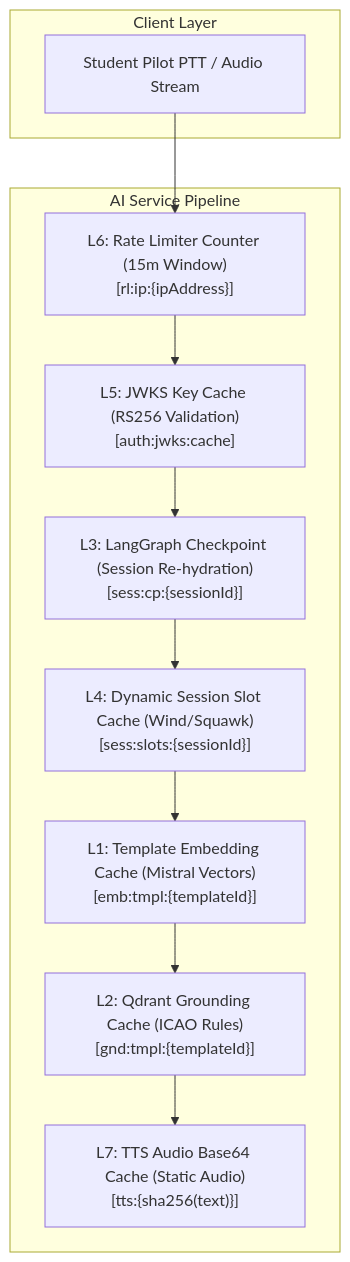
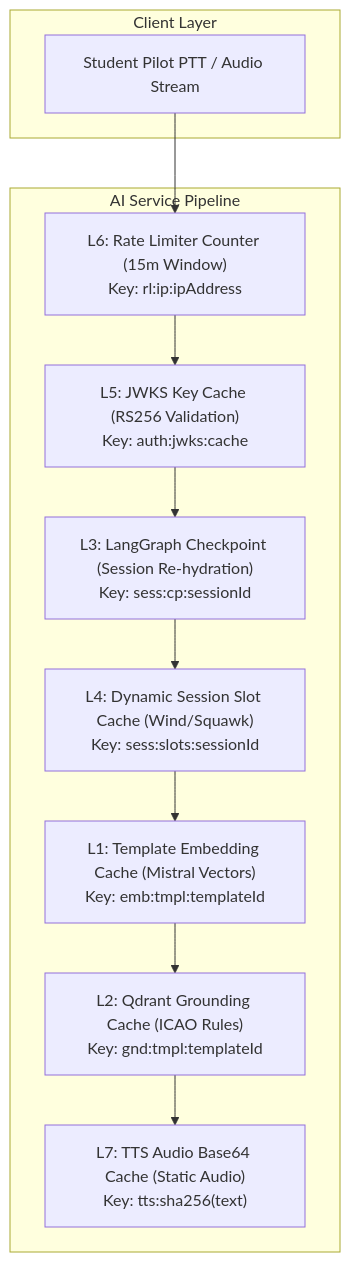
The first of 2 diagrams in README.md (Sahil-coder-30/Flight_Prep_Voice_Agent), drawn with Mermaid before and after one commit. The commit also changed other lines of this file and 7 other files, not shown here.

Commit message:
chore: standardize and enhance documentation across all microservices and add business architecture docs

````diff
--- a/README.md
+++ b/README.md
@@ -101,24 +183,24 @@
 ```mermaid
 flowchart TD
     subgraph Client ["Client Layer"]
         PTT["Student Pilot PTT / Audio Stream"]
     end
 
     subgraph Service ["AI Service Pipeline"]
-        L6["L6: Rate Limiter Counter (15m Window)\n[rl:ip:{ipAddress}]"]
-        L5["L5: JWKS Key Cache (RS256 Validation)\n[auth:jwks:cache]"]
-        L3["L3: LangGraph Checkpoint (Session Re-hydration)\n[sess:cp:{sessionId}]"]
-        L4["L4: Dynamic Session Slot Cache (Wind/Squawk)\n[sess:slots:{sessionId}]"]
-        L1["L1: Template Embedding Cache (Mistral Vectors)\n[emb:tmpl:{templateId}]"]
-        L2["L2: Qdrant Grounding Cache (ICAO Rules)\n[gnd:tmpl:{templateId}]"]
-        L7["L7: TTS Audio Base64 Cache (Static Audio)\n[tts:{sha256(text)}]"]
+        L6["L6: Rate Limiter Counter (15m Window)<br/>Key: rl:ip:ipAddress"]
+        L5["L5: JWKS Key Cache (RS256 Validation)<br/>Key: auth:jwks:cache"]
+        L3["L3: LangGraph Checkpoint (Session Re-hydration)<br/>Key: sess:cp:sessionId"]
+        L4["L4: Dynamic Session Slot Cache (Wind/Squawk)<br/>Key: sess:slots:sessionId"]
+        L1["L1: Template Embedding Cache (Mistral Vectors)<br/>Key: emb:tmpl:templateId"]
+        L2["L2: Qdrant Grounding Cache (ICAO Rules)<br/>Key: gnd:tmpl:templateId"]
+        L7["L7: TTS Audio Base64 Cache (Static Audio)<br/>Key: tts:sha256(text)"]
     end
 
     PTT --> L6
     L6 --> L5
     L5 --> L3
     L3 --> L4
     L4 --> L1
     L1 --> L2
     L2 --> L7
 ```
````
